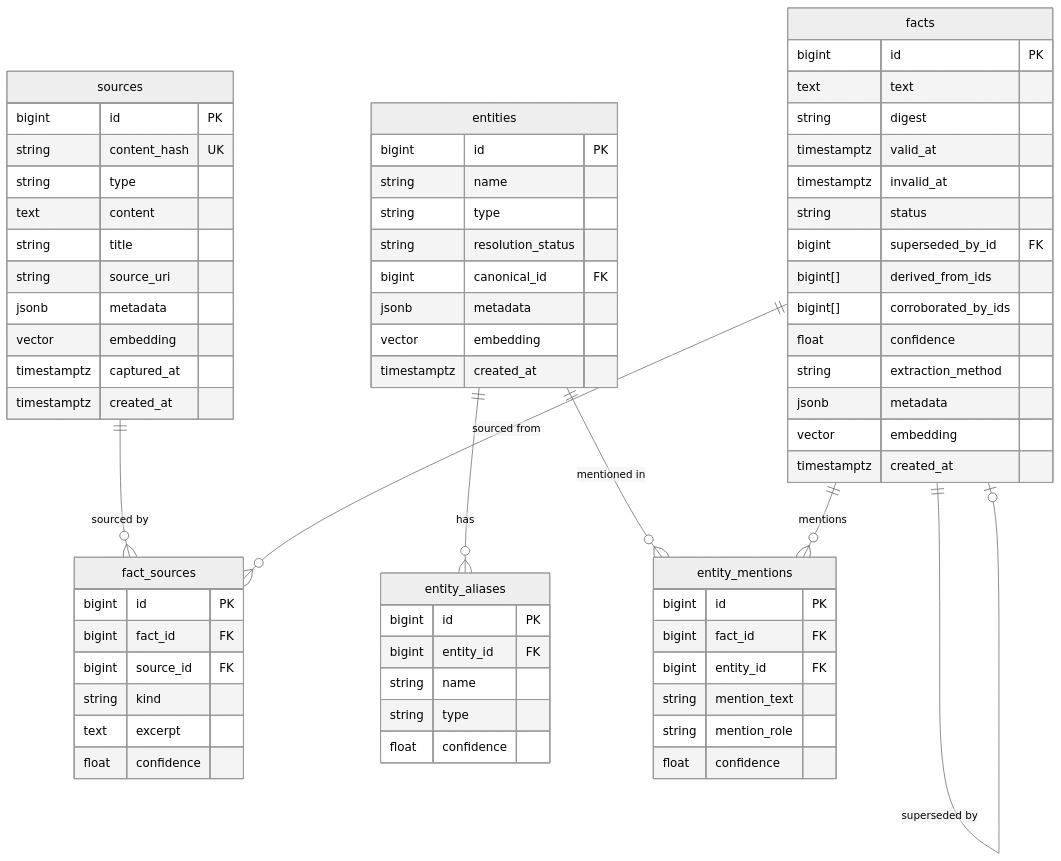
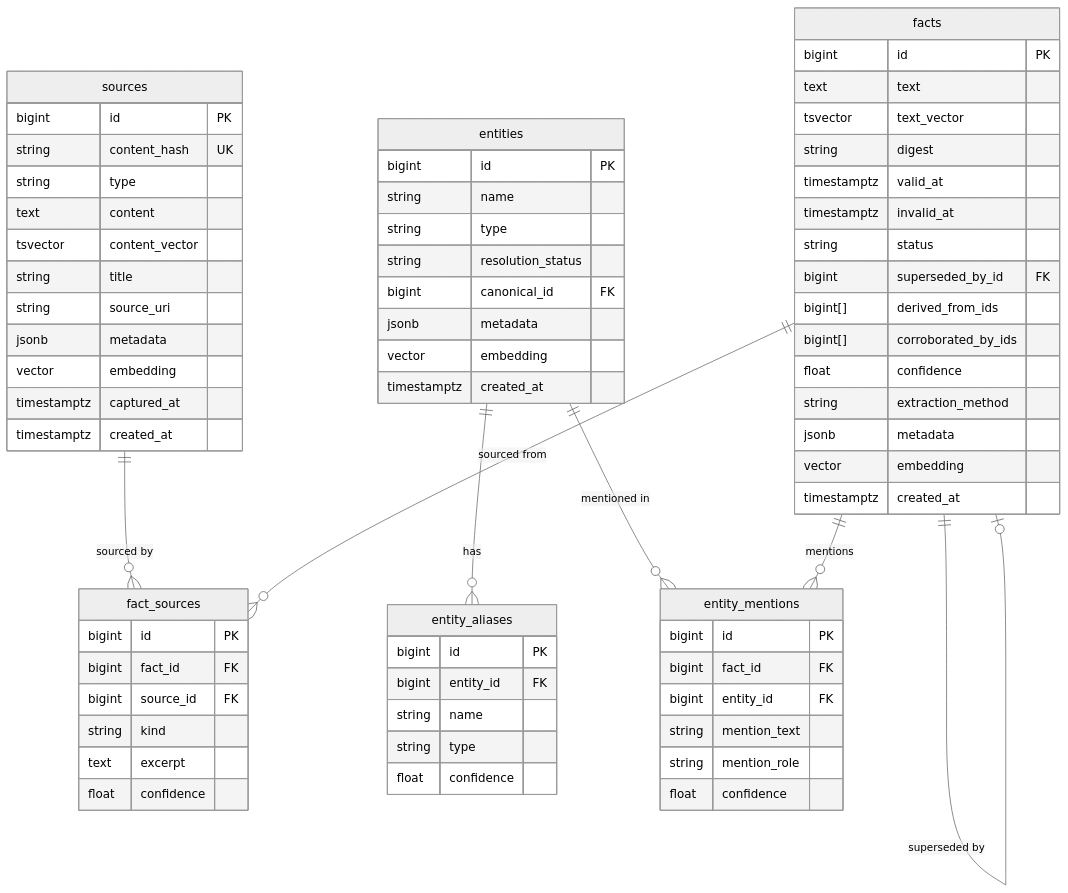
One commit to MadBomber/fact_db changed the diagram in docs/architecture/database-schema.md. Above: the diagram before and after it, drawn with Mermaid (neutral theme). The commit also changed other lines of this file, not shown here.

````diff
--- a/docs/architecture/database-schema.md
+++ b/docs/architecture/database-schema.md
@@ -7,76 +7,78 @@
 ```mermaid
 erDiagram
     sources ||--o{ fact_sources : "sourced by"
     entities ||--o{ entity_aliases : "has"
     entities ||--o{ entity_mentions : "mentioned in"
     facts ||--o{ entity_mentions : "mentions"
     facts ||--o{ fact_sources : "sourced from"
     facts ||--o| facts : "superseded by"
 
     sources {
         bigint id PK
         string content_hash UK
         string type
         text content
+        tsvector content_vector
         string title
         string source_uri
         jsonb metadata
         vector embedding
         timestamptz captured_at
         timestamptz created_at
     }
 
     entities {
         bigint id PK
         string name
         string type
         string resolution_status
         bigint canonical_id FK
         jsonb metadata
         vector embedding
         timestamptz created_at
     }
 
     entity_aliases {
         bigint id PK
         bigint entity_id FK
         string name
         string type
         float confidence
     }
 
     facts {
         bigint id PK
         text text
+        tsvector text_vector
         string digest
         timestamptz valid_at
         timestamptz invalid_at
         string status
         bigint superseded_by_id FK
         bigint[] derived_from_ids
         bigint[] corroborated_by_ids
         float confidence
         string extraction_method
         jsonb metadata
         vector embedding
         timestamptz created_at
     }
 
     entity_mentions {
         bigint id PK
         bigint fact_id FK
         bigint entity_id FK
         string mention_text
         string mention_role
         float confidence
     }
 
     fact_sources {
         bigint id PK
         bigint fact_id FK
         bigint source_id FK
         string kind
         text excerpt
         float confidence
     }
 ```
````
